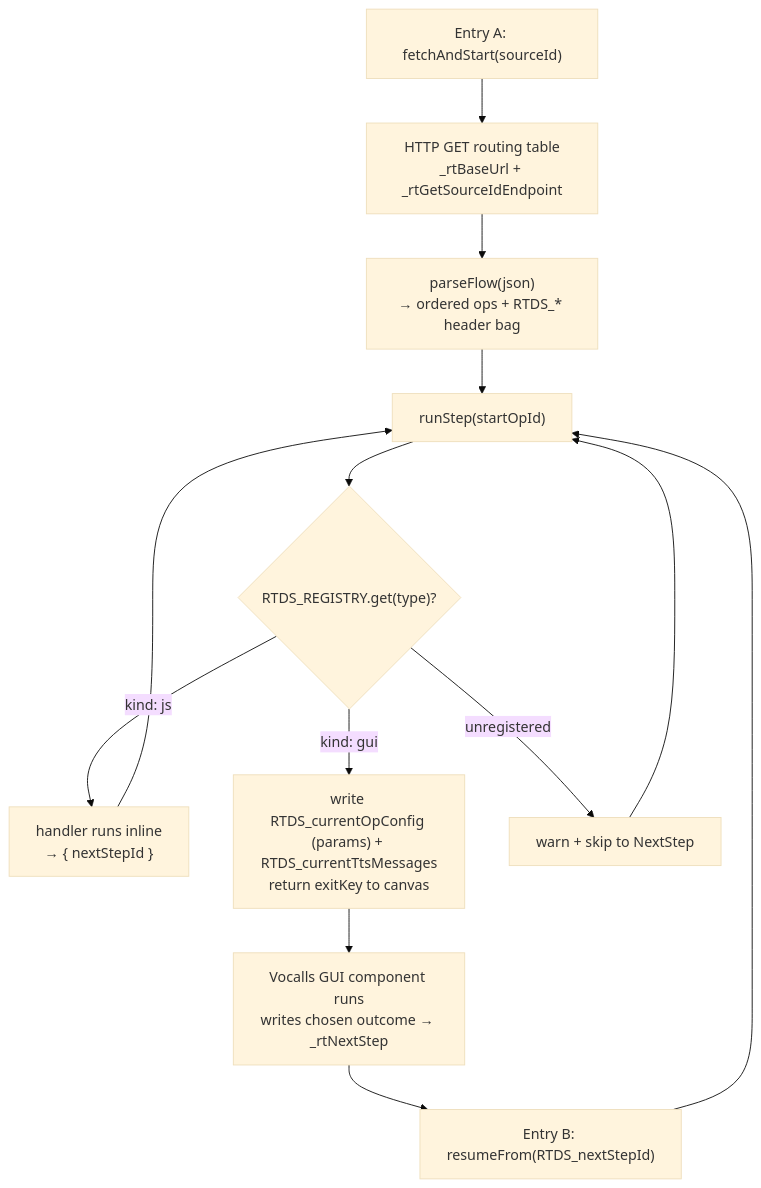
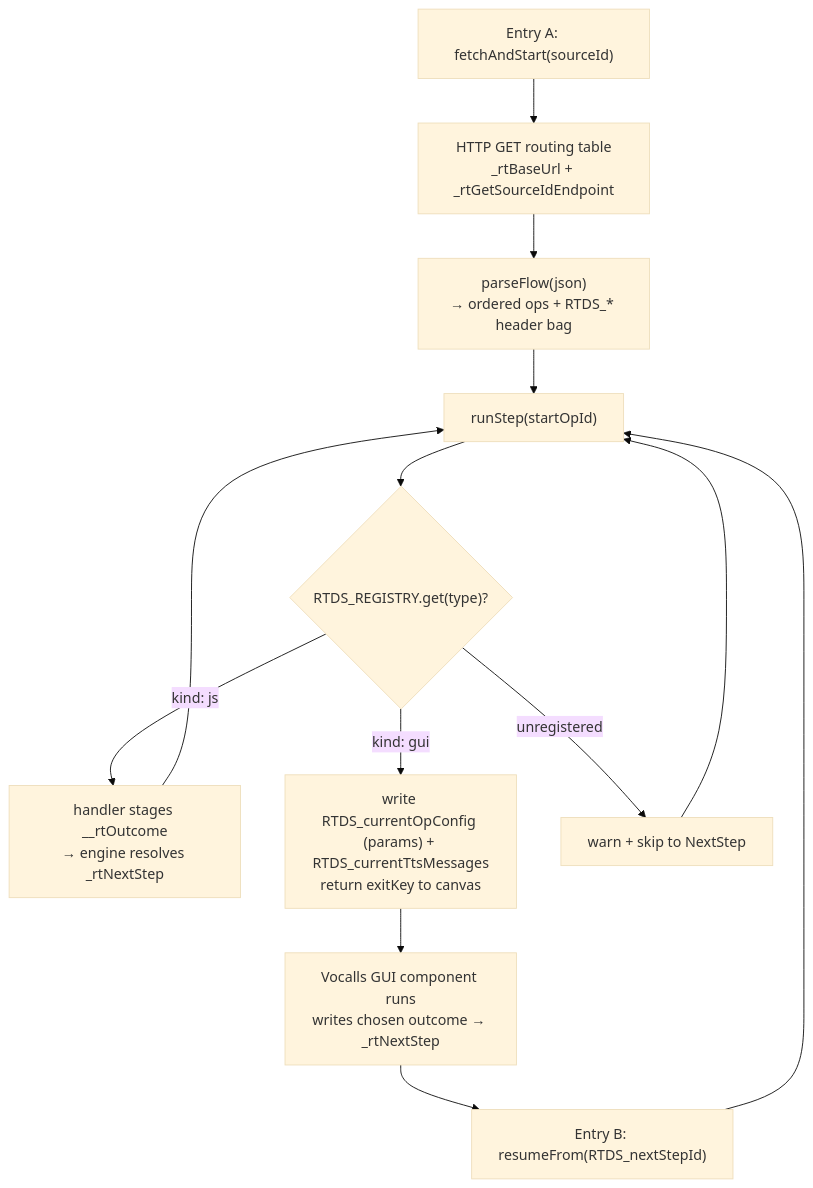
Before and after one commit to MertensMattias/vocalls-rtds: the diagram in rtds/docs/runtime-architecture.md, drawn with Mermaid (base theme). The commit also changed other lines of this file and 5 other files, not shown here.

````diff
--- a/rtds/docs/runtime-architecture.md
+++ b/rtds/docs/runtime-architecture.md
@@ -60,15 +65,15 @@
 ```mermaid
 flowchart TD
     A["Entry A: fetchAndStart(sourceId)"] --> F["HTTP GET routing table\n_rtBaseUrl + _rtGetSourceIdEndpoint"]
     F --> P["parseFlow(json)\n→ ordered ops + RTDS_* header bag"]
     P --> RS["runStep(startOpId)"]
     RS --> L{"RTDS_REGISTRY.get(type)?"}
-    L -->|"kind: js"| H["handler runs inline\n→ { nextStepId }"]
+    L -->|"kind: js"| H["handler stages __rtOutcome\n→ engine resolves _rtNextStep"]
     H --> RS
     L -->|"kind: gui"| G["write RTDS_currentOpConfig (params) + RTDS_currentTtsMessages\nreturn exitKey to canvas"]
     L -->|"unregistered"| W["warn + skip to NextStep"]
     W --> RS
     G --> C["Vocalls GUI component runs\nwrites chosen outcome → _rtNextStep"]
     C --> B["Entry B: resumeFrom(RTDS_nextStepId)"]
     B --> RS
 ```
````
